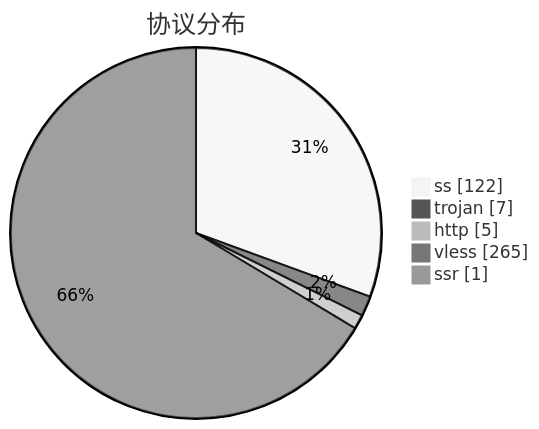
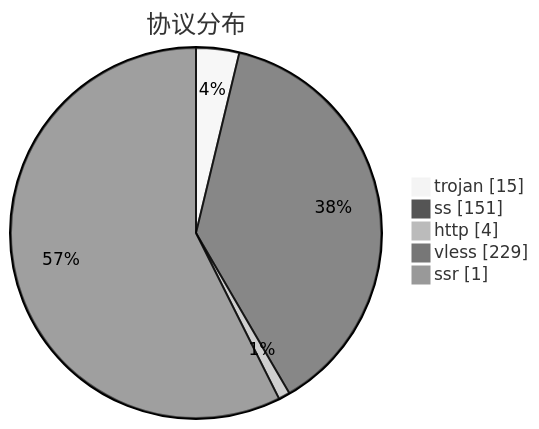
The third of 3 diagrams in subs/statistics/tested_within.md (qjlxg/airport), drawn with Mermaid (neutral theme) before and after one commit. The commit also changed other lines of this file and 2 other files, not shown here.

````diff
--- a/subs/statistics/tested_within.md
+++ b/subs/statistics/tested_within.md
@@ -18,9 +18,9 @@
 ```mermaid
 pie showData
 title 协议分布
-"ss" : 122
-"trojan" : 7
-"http" : 5
-"vless" : 265
+"trojan" : 15
+"ss" : 151
+"http" : 4
+"vless" : 229
 "ssr" : 1
 ```
````
